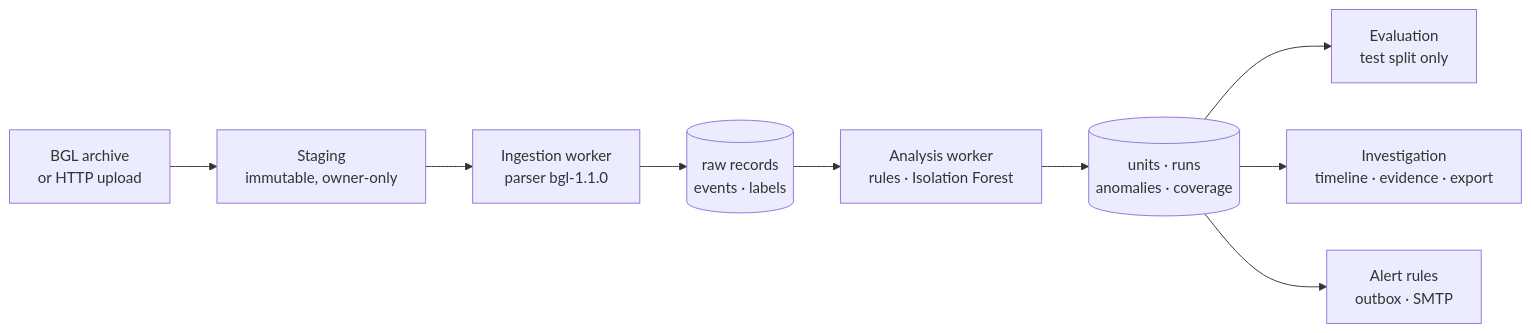
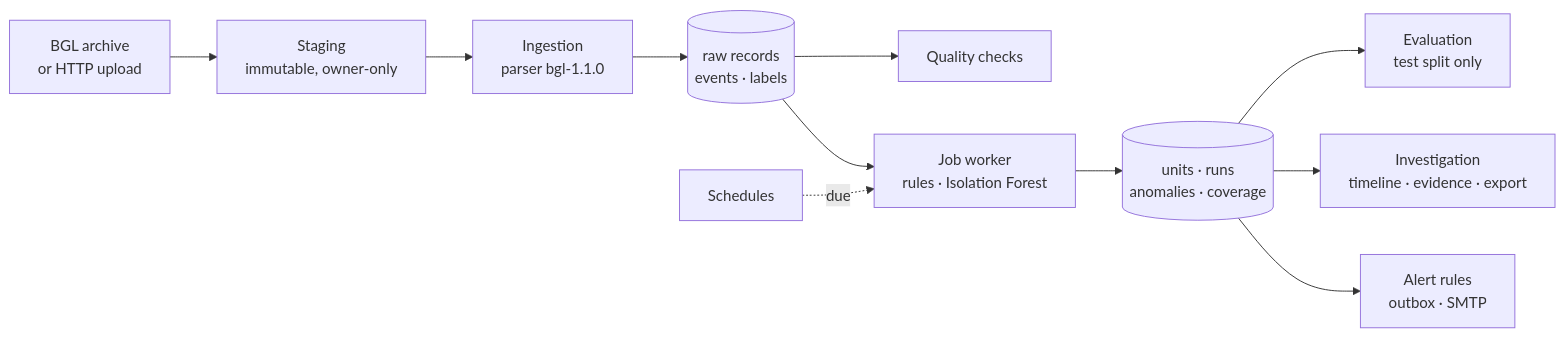
One commit to HieuHoai2704/H-LogSense changed the second of 2 diagrams in README.md. Above: the diagram before and after it, drawn with Mermaid. The commit also changed other lines of this file and 8 other files, not shown here.

````diff
--- a/README.md
+++ b/README.md
@@ -145,11 +576,13 @@
 ```mermaid
 flowchart LR
     A["BGL archive<br/>or HTTP upload"] --> B["Staging<br/>immutable, owner-only"]
-    B --> C["Ingestion worker<br/>parser bgl-1.1.0"]
+    B --> C["Ingestion<br/>parser bgl-1.1.0"]
     C --> D[("raw records<br/>events · labels")]
-    D --> E["Analysis worker<br/>rules · Isolation Forest"]
+    D --> Q["Quality checks"]
+    D --> E["Job worker<br/>rules · Isolation Forest"]
+    S["Schedules"] -. "due" .-> E
     E --> F[("units · runs<br/>anomalies · coverage")]
     F --> G["Evaluation<br/>test split only"]
     F --> H["Investigation<br/>timeline · evidence · export"]
     F --> I["Alert rules<br/>outbox · SMTP"]
 ```
````
